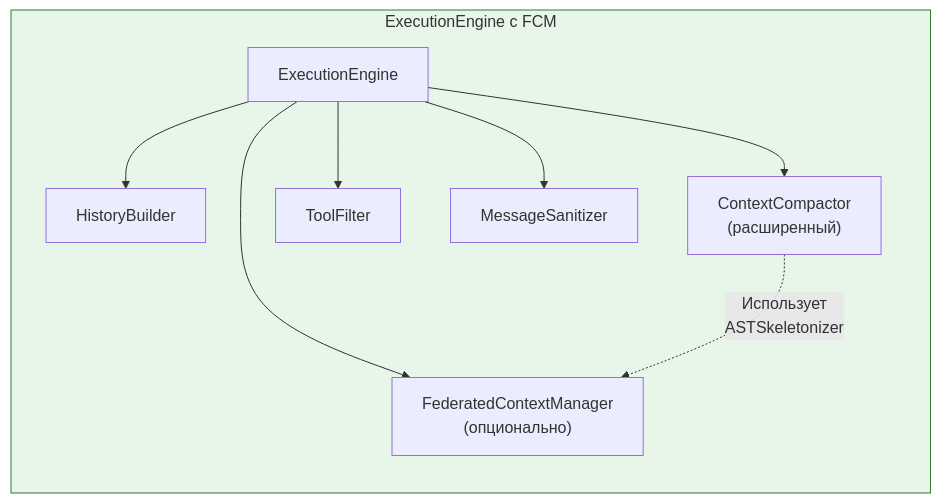
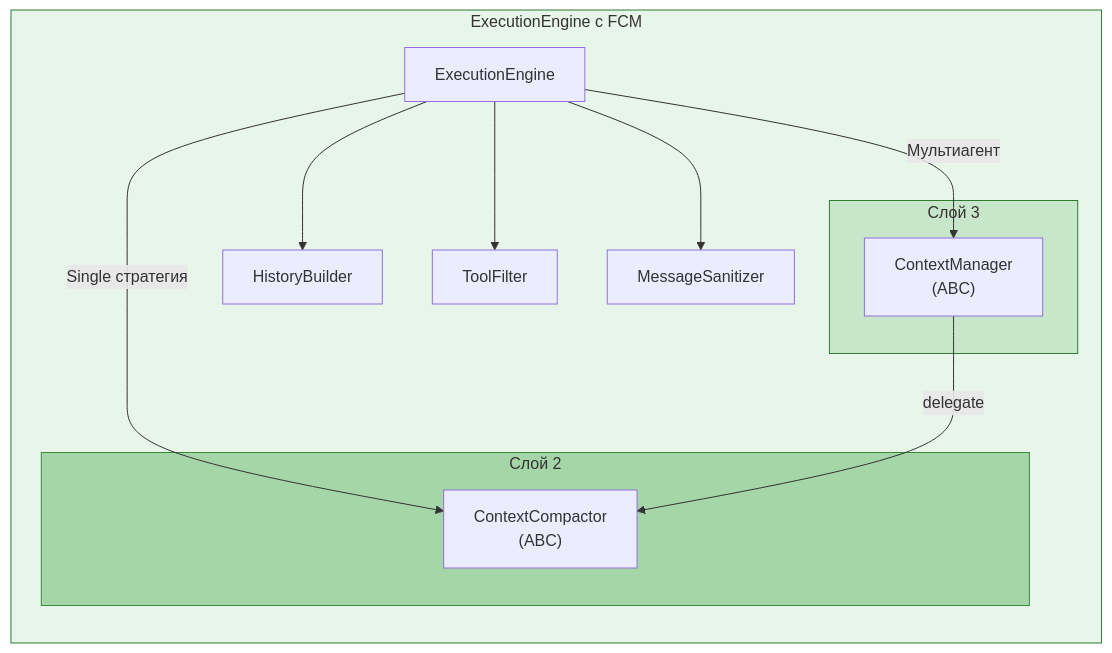
One commit to pese-git/codelab-agent changed diagram 24 of 26 in doc/internals/architecture/fcm/ARCHITECTURE.md. Above: the diagram before and after it, drawn with Mermaid. The commit also changed other lines of this file and 3 other files, not shown here.

First line of the commit message:
docs(fcm): обновить документацию — слоистая архитектура + ABC

````diff
--- a/doc/internals/architecture/fcm/ARCHITECTURE.md
+++ b/doc/internals/architecture/fcm/ARCHITECTURE.md
@@ -758,21 +1167,28 @@
 ```mermaid
 graph LR
     subgraph Target["ExecutionEngine с FCM"]
         Engine["ExecutionEngine"]
         Builder["HistoryBuilder"]
-        Compactor["ContextCompactor<br/>(расширенный)"]
         Filter["ToolFilter"]
         Sanitizer["MessageSanitizer"]
-        FCM["FederatedContextManager<br/>(опционально)"]
+        
+        subgraph Layer2["Слой 2"]
+            CC["ContextCompactor<br/>(ABC)"]
+        end
+        
+        subgraph Layer3["Слой 3"]
+            CM["ContextManager<br/>(ABC)"]
+        end
     end
     
     Engine --> Builder
-    Engine --> Compactor
     Engine --> Filter
     Engine --> Sanitizer
-    Engine --> FCM
-    
-    Compactor -.->|"Использует<br/>ASTSkeletonizer"| FCM
+    Engine -->|"Single стратегия"| CC
+    Engine -->|"Мультиагент"| CM
+    CM -->|"delegate"| CC
     
     style Target fill:#e8f5e9,stroke:#2e7d32
+    style Layer2 fill:#a5d6a7,stroke:#388e3c
+    style Layer3 fill:#c8e6c9,stroke:#2e7d32
 ```
````
